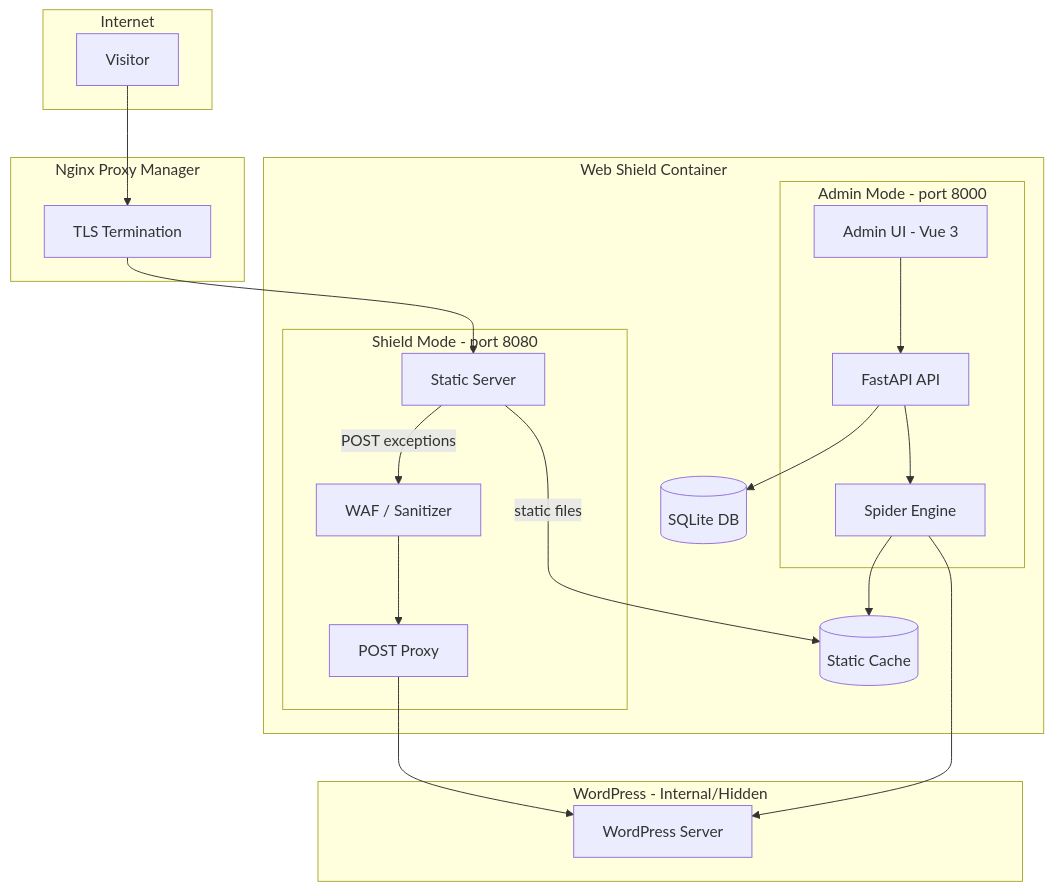
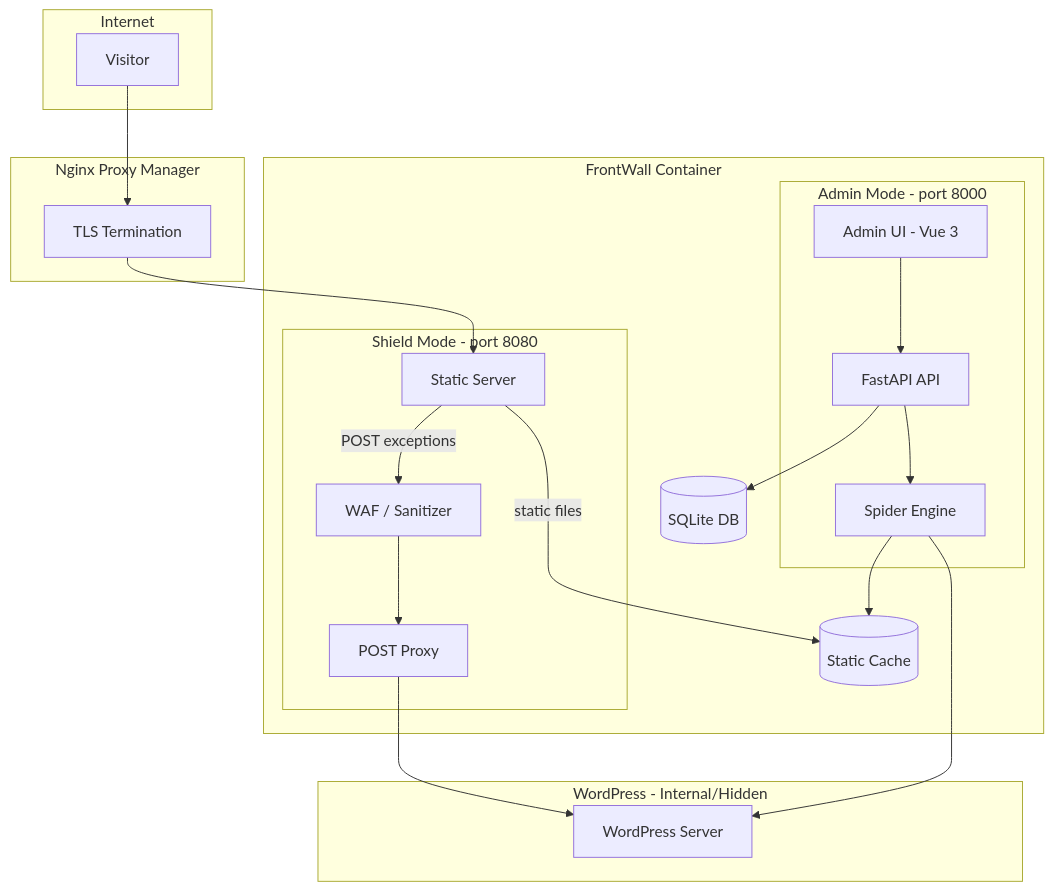
The diagram in README.md (acalatrava/FrontWall), drawn with Mermaid before and after one commit. The commit also changed other lines of this file and 26 other files, not shown here.

First line of the commit message:
Rename Web Shield to FrontWall and update related configurations

````diff
--- a/README.md
+++ b/README.md
@@ -15,37 +15,37 @@
 ```mermaid
 flowchart TB
     subgraph internet [Internet]
         User[Visitor]
     end
 
     subgraph nginx [Nginx Proxy Manager]
         NPM[TLS Termination]
     end
 
-    subgraph webshield [Web Shield Container]
+    subgraph frontwall [FrontWall Container]
         subgraph adminMode [Admin Mode - port 8000]
             AdminUI[Admin UI - Vue 3]
             API[FastAPI API]
             Crawler[Spider Engine]
         end
         subgraph prodMode [Shield Mode - port 8080]
             StaticServer[Static Server]
             WAF[WAF / Sanitizer]
             PostProxy[POST Proxy]
         end
         DB[(SQLite DB)]
         Cache[(Static Cache)]
     end
 
     subgraph wordpress [WordPress - Internal/Hidden]
         WP[WordPress Server]
     end
 
     User --> NPM --> StaticServer
     StaticServer -->|static files| Cache
     StaticServer -->|POST exceptions| WAF --> PostProxy --> WP
     AdminUI --> API
     API --> DB
     API --> Crawler --> WP
     Crawler --> Cache
 ```
````
